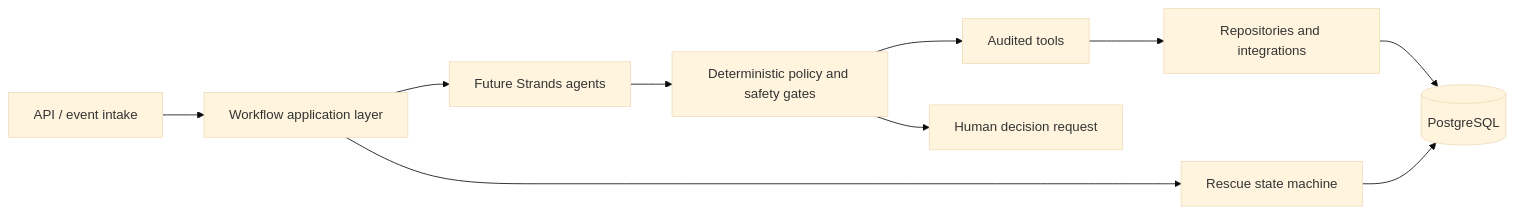
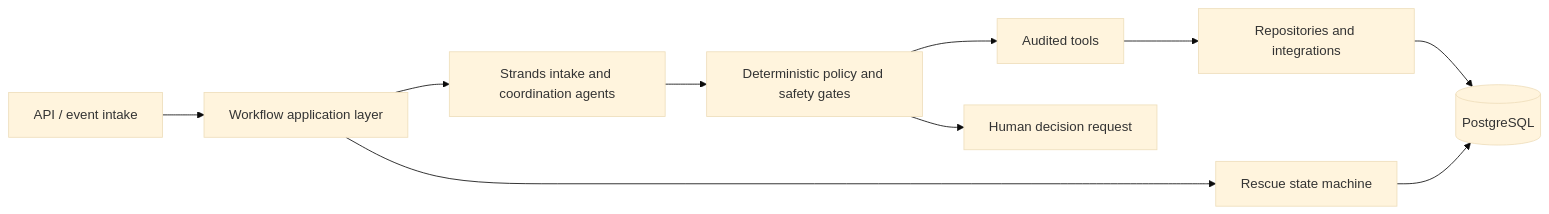
Before and after one commit to 0xnald/relay: the diagram in README.md, drawn with Mermaid (base theme). The commit also changed other lines of this file and 2 other files, not shown here.

Commit message:
docs: document Relay Strands architecture

````diff
--- a/README.md
+++ b/README.md
@@ -68,12 +68,12 @@
 ```mermaid
 flowchart LR
     API[API / event intake] --> WF[Workflow application layer]
-    WF --> AG[Future Strands agents]
+    WF --> AG[Strands intake and coordination agents]
     AG --> PE[Deterministic policy and safety gates]
     PE --> TL[Audited tools]
     TL --> RP[Repositories and integrations]
     RP --> DB[(PostgreSQL)]
     WF --> SM[Rescue state machine]
     SM --> DB
     PE --> HR[Human decision request]
 ```
````
